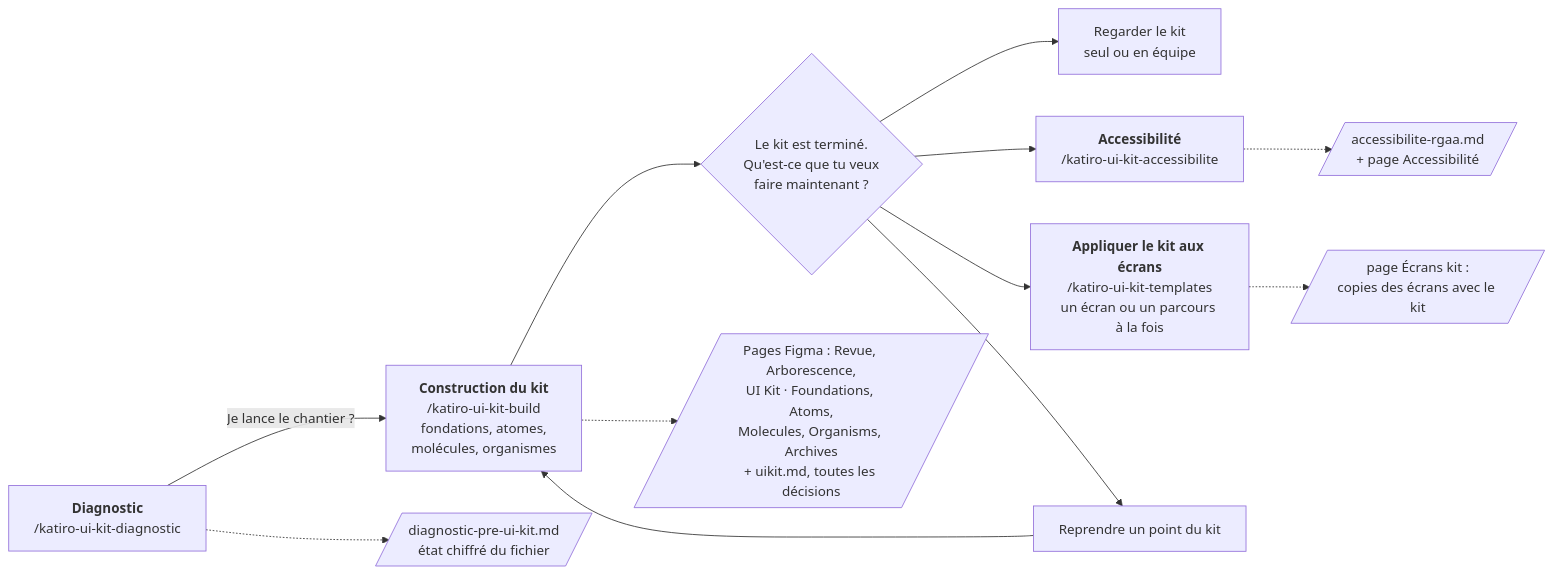
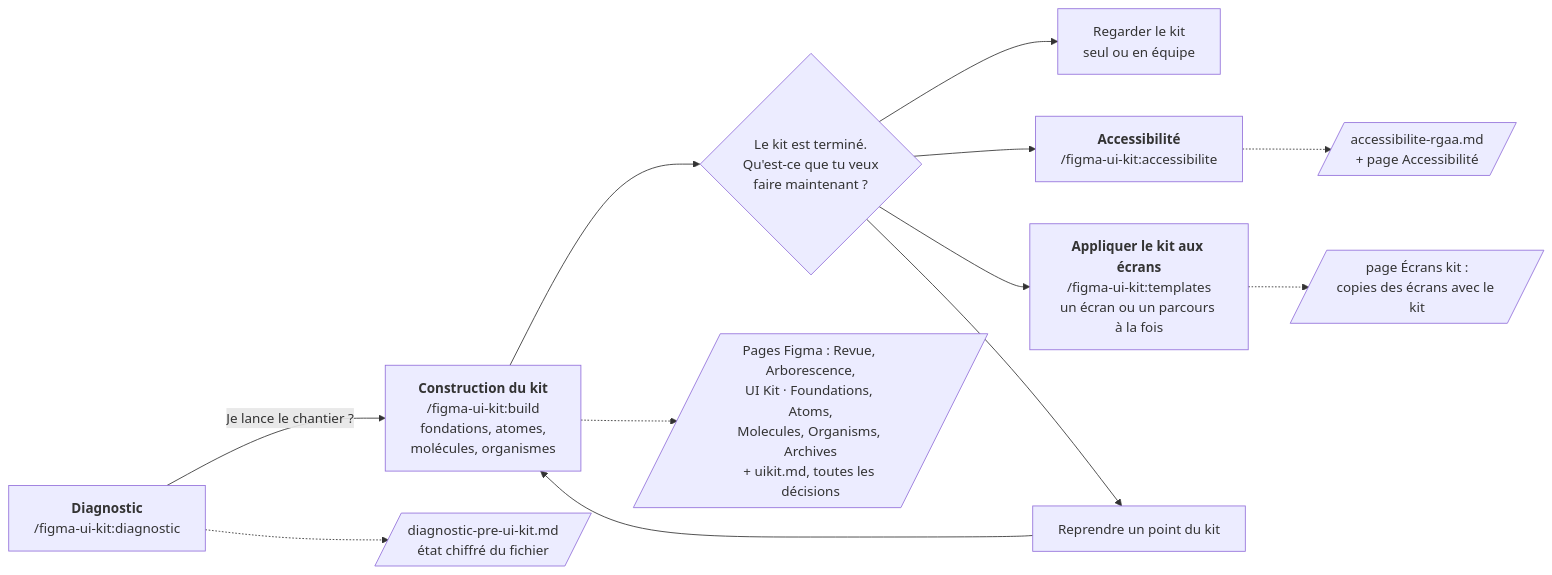
Before and after one commit to KatiroDesignStudio/figma-ui-kit: the second of 4 diagrams in docs/fonctionnement.md, drawn with Mermaid. The commit also changed 20 other files, not shown here.

First line of the commit message:
feat: v0.26.0, plugin renommé figma-ui-kit, commandes et agents sans préfixe katiro

````diff
--- a/docs/fonctionnement.md
+++ b/docs/fonctionnement.md
@@ -46,28 +46,28 @@
 ```mermaid
 flowchart LR
-    D["<b>Diagnostic</b><br/>/katiro-ui-kit-diagnostic"]
-    B["<b>Construction du kit</b><br/>/katiro-ui-kit-build<br/>fondations, atomes,<br/>molécules, organismes"]
+    D["<b>Diagnostic</b><br/>/figma-ui-kit:diagnostic"]
+    B["<b>Construction du kit</b><br/>/figma-ui-kit:build<br/>fondations, atomes,<br/>molécules, organismes"]
     S{"Le kit est terminé.<br/>Qu'est-ce que tu veux<br/>faire maintenant ?"}
     R["Regarder le kit<br/>seul ou en équipe"]
-    A["<b>Accessibilité</b><br/>/katiro-ui-kit-accessibilite"]
-    T["<b>Appliquer le kit aux écrans</b><br/>/katiro-ui-kit-templates<br/>un écran ou un parcours à la fois"]
+    A["<b>Accessibilité</b><br/>/figma-ui-kit:accessibilite"]
+    T["<b>Appliquer le kit aux écrans</b><br/>/figma-ui-kit:templates<br/>un écran ou un parcours à la fois"]
     P["Reprendre un point du kit"]
 
     D -->|"Je lance le chantier ?"| B
     B --> S
     S --> R
     S --> A
     S --> T
     S --> P
     P --> B
 
     LD[/"diagnostic-pre-ui-kit.md<br/>état chiffré du fichier"/]
     LB[/"Pages Figma : Revue, Arborescence,<br/>UI Kit · Foundations, Atoms,<br/>Molecules, Organisms, Archives<br/>+ uikit.md, toutes les décisions"/]
     LA[/"accessibilite-rgaa.md<br/>+ page Accessibilité"/]
     LT[/"page Écrans kit :<br/>copies des écrans avec le kit"/]
 
     D -.-> LD
     B -.-> LB
     A -.-> LA
     T -.-> LT
 ```
````
